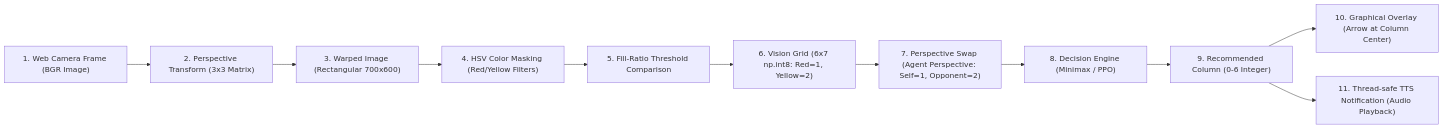
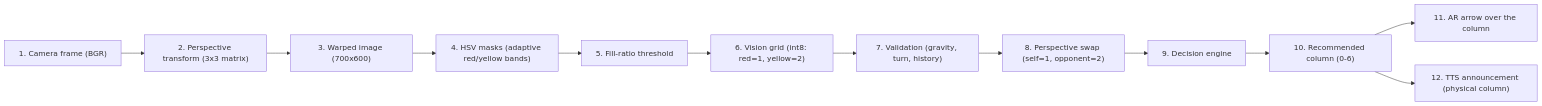
The third of 3 diagrams in docs/architecture_and_dataflow.md (tzii/Pefforza_4), drawn with Mermaid before and after one commit. The commit also changed other lines of this file and 25 other files, not shown here.

````diff
--- a/docs/architecture_and_dataflow.md
+++ b/docs/architecture_and_dataflow.md
@@ -104,13 +143,14 @@
 ```mermaid
 flowchart LR
-    FrameIn["1. Web Camera Frame (BGR Image)"] --> Warp["2. Perspective Transform (3x3 Matrix)"]
-    Warp --> Crop["3. Warped Image (Rectangular 700x600)"]
-    Crop --> HSV["4. HSV Color Masking (Red/Yellow Filters)"]
-    HSV --> Classify["5. Fill-Ratio Threshold Comparison"]
-    Classify --> GridView["6. Vision Grid (6x7 np.int8: Red=1, Yellow=2)"]
-    GridView --> PerspSwap["7. Perspective Swap (Agent Perspective: Self=1, Opponent=2)"]
-    PerspSwap --> AgentLogic["8. Decision Engine (Minimax / PPO)"]
-    AgentLogic --> RecCol["9. Recommended Column (0-6 Integer)"]
-    RecCol --> OutputAR["10. Graphical Overlay (Arrow at Column Center)"]
-    RecCol --> OutputVoice["11. Thread-safe TTS Notification (Audio Playback)"]
+    FrameIn["1. Camera frame (BGR)"] --> Warp["2. Perspective transform (3x3 matrix)"]
+    Warp --> Crop["3. Warped image (700x600)"]
+    Crop --> HSV["4. HSV masks (adaptive red/yellow bands)"]
+    HSV --> Classify["5. Fill-ratio threshold"]
+    Classify --> GridView["6. Vision grid (int8: red=1, yellow=2)"]
+    GridView --> Validate["7. Validation (gravity, turn, history)"]
+    Validate --> PerspSwap["8. Perspective swap (self=1, opponent=2)"]
+    PerspSwap --> AgentLogic["9. Decision engine"]
+    AgentLogic --> RecCol["10. Recommended column (0-6)"]
+    RecCol --> OutputAR["11. AR arrow over the column"]
+    RecCol --> OutputVoice["12. TTS announcement (physical column)"]
 ```
````
